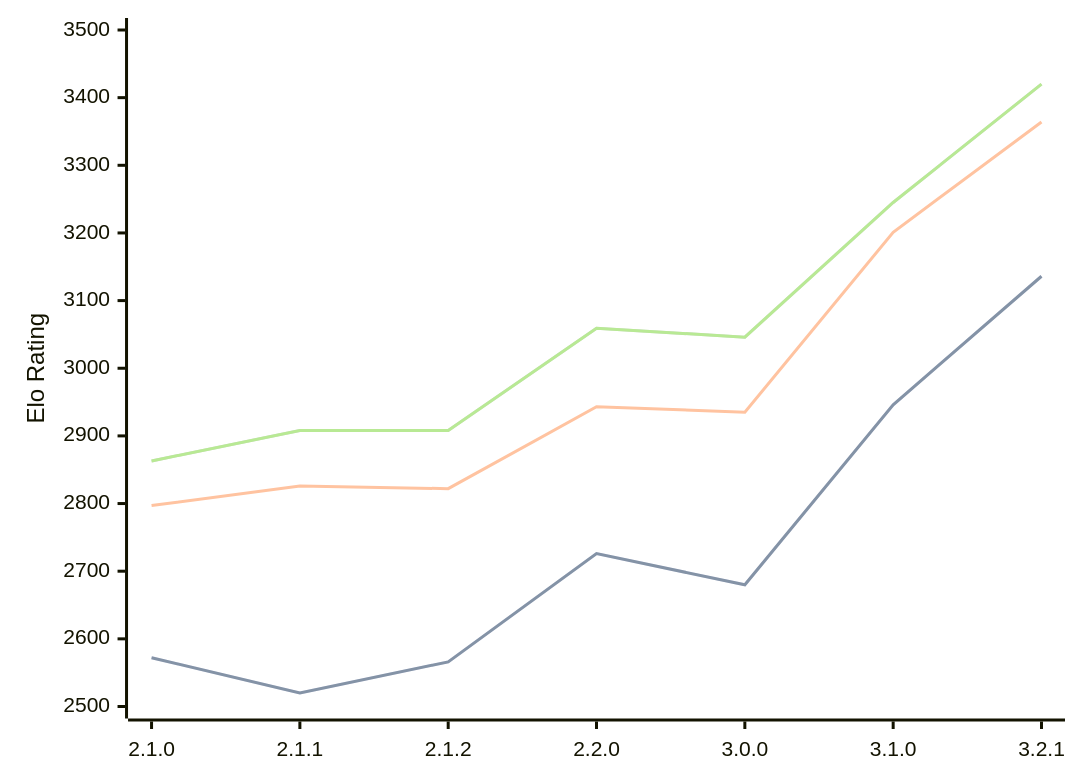
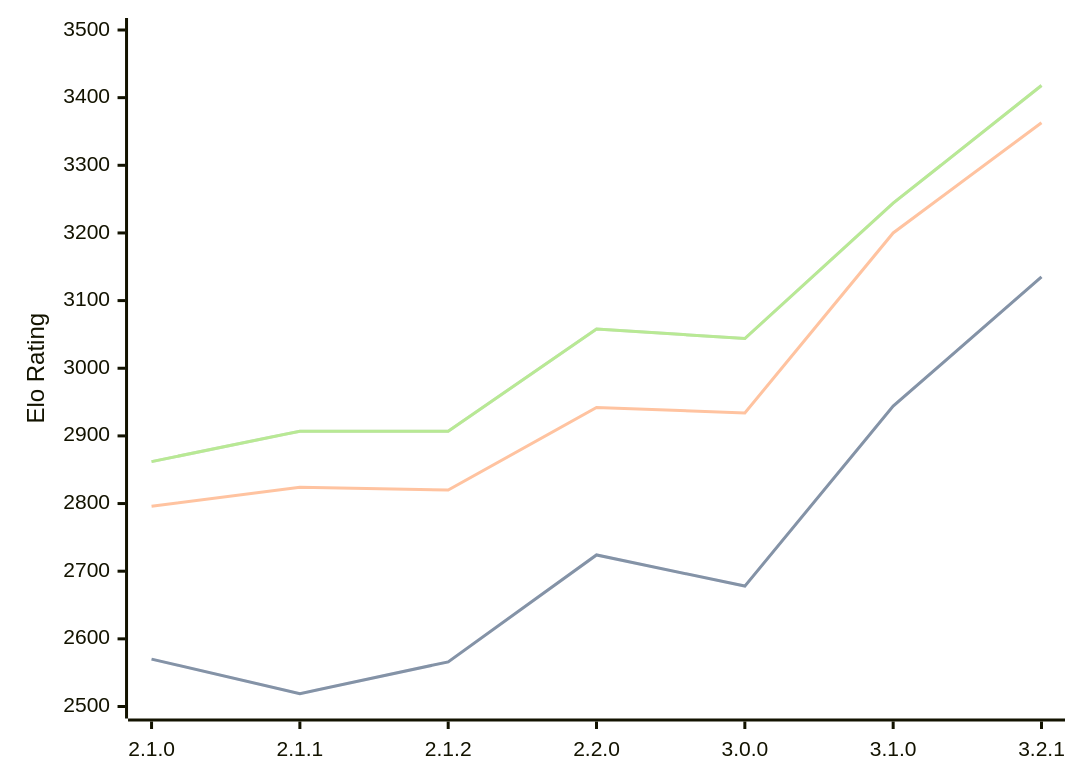
One commit to computer-chess-index/cci changed the diagram in engines/Prune.md. Above: the diagram before and after it, drawn with Mermaid. The commit also changed other lines of this file, not shown here.

Commit message:
Update CCI Ratings (ELO VLTC) - 2026-04-26

````diff
--- a/engines/Prune.md
+++ b/engines/Prune.md
@@ -42,11 +42,11 @@
 ```mermaid
 %%{init: {"theme":"base","themeVariables":{"seriesColors:['#a3a3a3','#222221','#faa371']}}}%%
 xychart-beta
   x-axis ["2.1.0", "2.1.1", "2.1.2", "2.2.0", "3.0.0", "3.1.0", "3.2.1"]
   y-axis "Elo Rating" 2500 --> 3500
-  line "STC (8.0+0.08s)" [2572, 2520, 2566, 2726, 2680, 2946, 3136]
-  line "STC (8.0+0.08s)" [2572, 2520, 2566, 2726, 2680, 2946, 3136]
-  line "LTC (60.0+0.60s)" [2797, 2826, 2822, 2943, 2935, 3201, 3364]
-  line "VLTC (2m24s+1.12s)" [2863, 2908, 2908, 3059, 3046, 3245, 3420]
-  line "VLTC (2m24s+1.12s)" [2863, 2908, 2908, 3059, 3046, 3245, 3420]
+  line "STC (8.0+0.08s)" [2570, 2519, 2566, 2724, 2678, 2944, 3135]
+  line "STC (8.0+0.08s)" [2570, 2519, 2566, 2724, 2678, 2944, 3135]
+  line "LTC (60.0+0.60s)" [2796, 2824, 2820, 2942, 2934, 3200, 3363]
+  line "VLTC (2m24s+1.12s)" [2862, 2907, 2907, 3058, 3044, 3244, 3418]
+  line "VLTC (2m24s+1.12s)" [2862, 2907, 2907, 3058, 3044, 3244, 3418]
 ```
````
